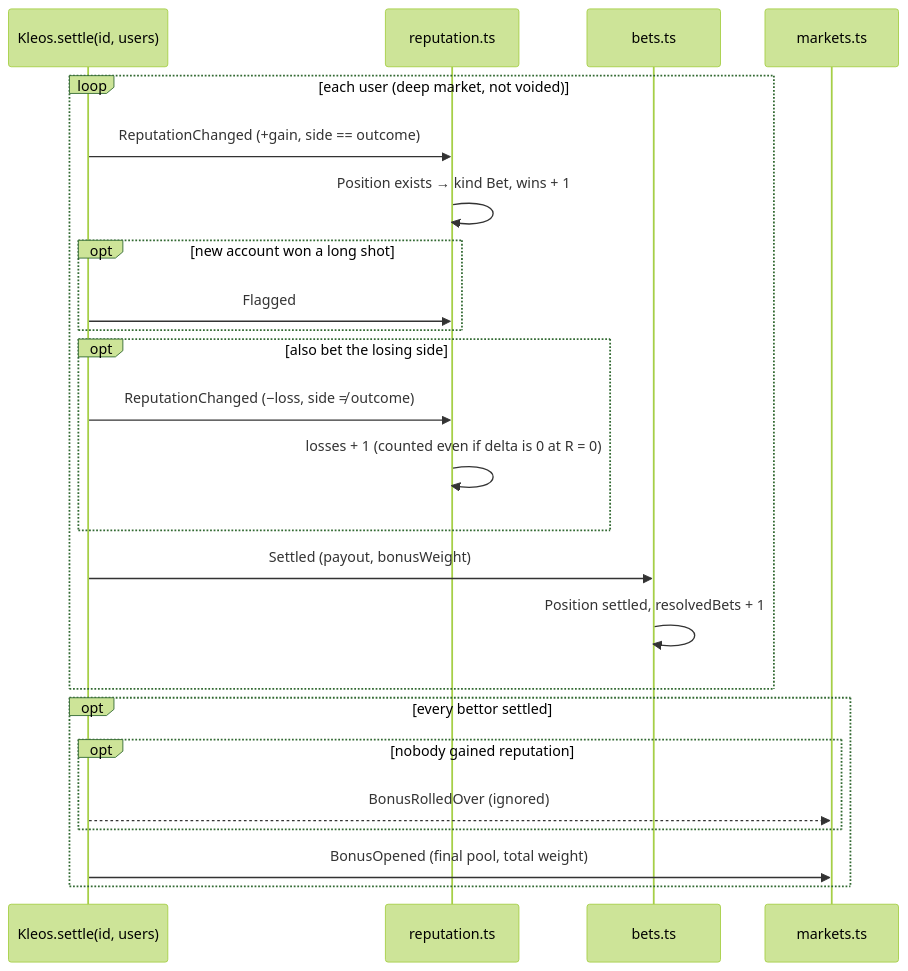
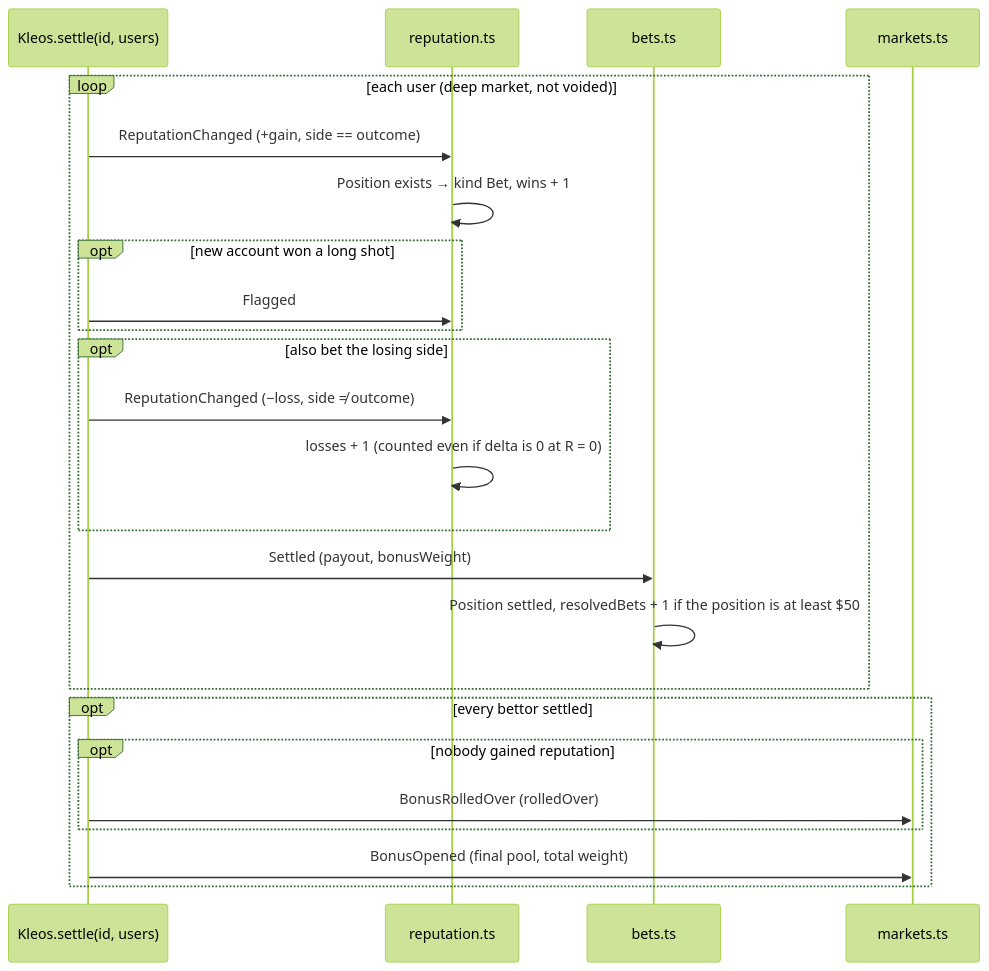
The tenth of 10 diagrams in indexer/ARCHITECTURE.md (kleos-predictions/kleos), drawn with Mermaid (forest theme) before and after one commit. The commit also changed other lines of this file and 6 other files, not shown here.

````diff
--- a/indexer/ARCHITECTURE.md
+++ b/indexer/ARCHITECTURE.md
@@ -223,27 +343,27 @@
 ```mermaid
 sequenceDiagram
   participant K as Kleos.settle(id, users)
   participant R as reputation.ts
   participant B as bets.ts
   participant M as markets.ts
 
   loop each user (deep market, not voided)
     K->>R: ReputationChanged (+gain, side == outcome)
     R->>R: Position exists → kind Bet, wins + 1
     opt new account won a long shot
       K->>R: Flagged
     end
     opt also bet the losing side
       K->>R: ReputationChanged (−loss, side ≠ outcome)
       R->>R: losses + 1 (counted even if delta is 0 at R = 0)
     end
     K->>B: Settled (payout, bonusWeight)
-    B->>B: Position settled, resolvedBets + 1
+    B->>B: Position settled, resolvedBets + 1 if the position is at least $50
   end
   opt every bettor settled
     opt nobody gained reputation
-      K-->>M: BonusRolledOver (ignored)
+      K->>M: BonusRolledOver (rolledOver)
     end
     K->>M: BonusOpened (final pool, total weight)
   end
 ```
````
